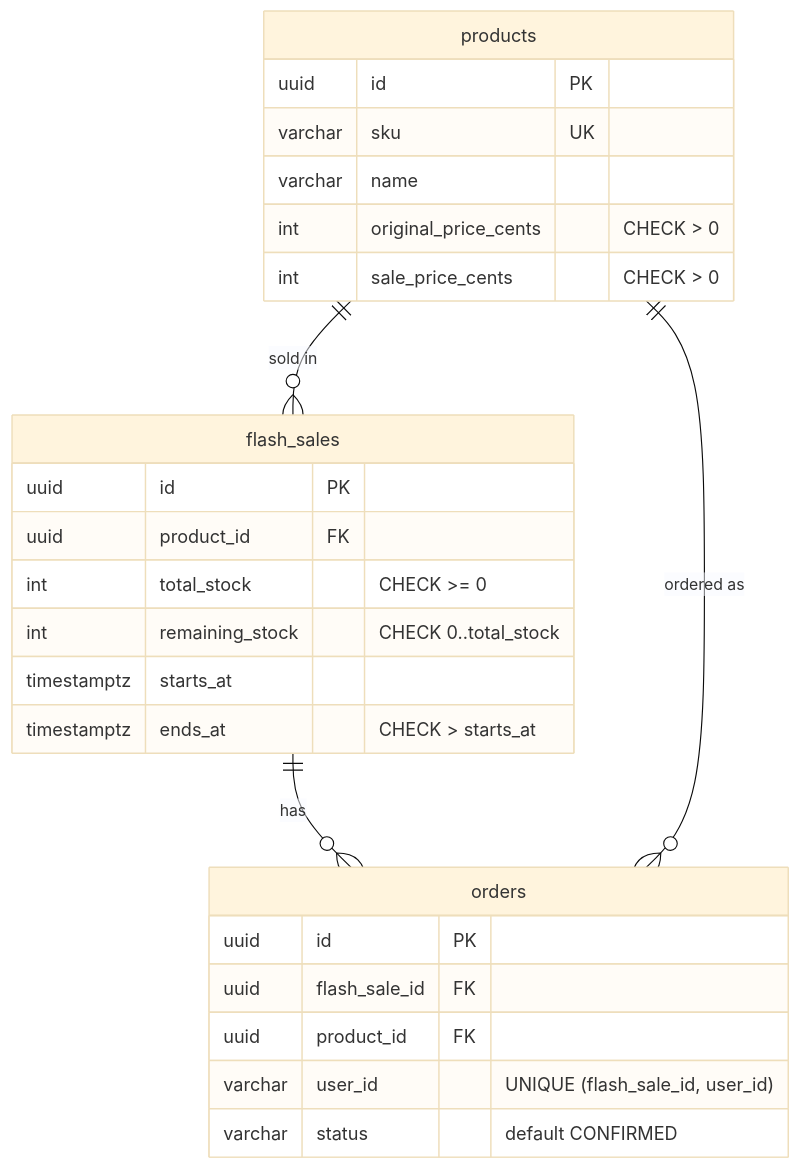
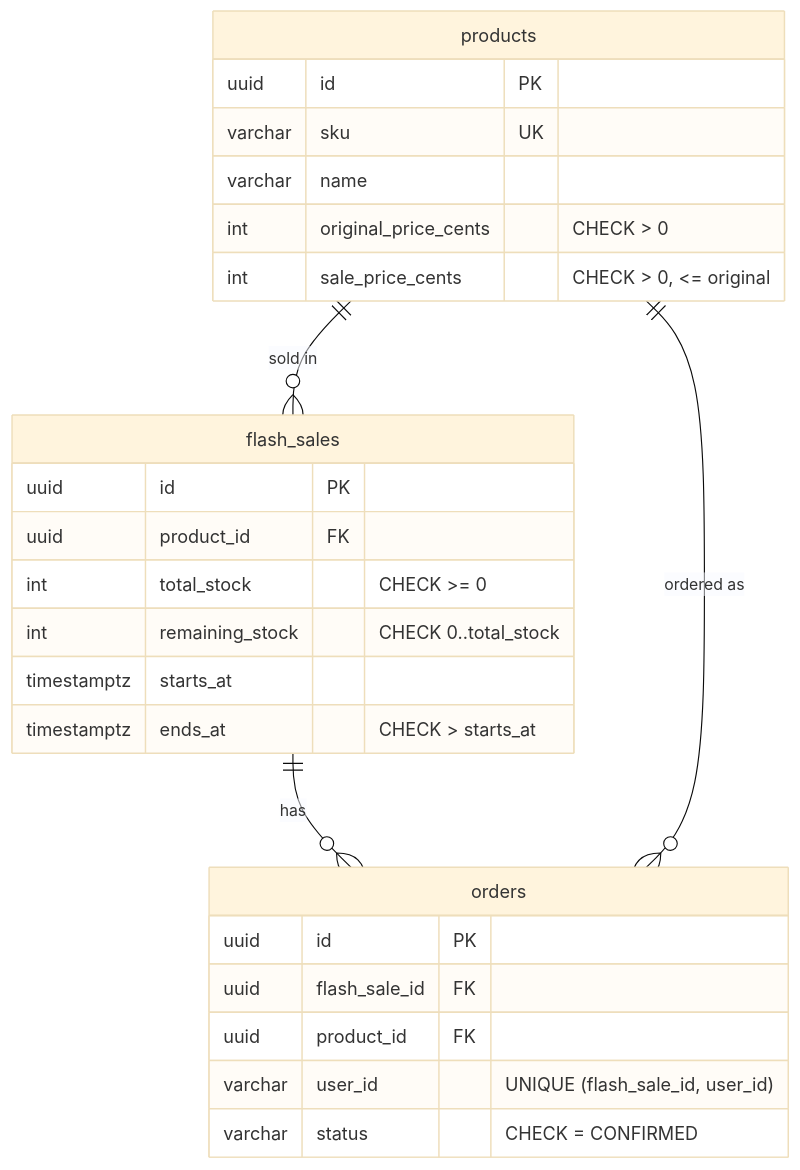
One commit to minhhieple97/flash-sale-system changed the second of 6 diagrams in docs/architecture.md. Above: the diagram before and after it, drawn with Mermaid (base theme). The commit also changed other lines of this file and 2 other files, not shown here.

````diff
--- a/docs/architecture.md
+++ b/docs/architecture.md
@@ -86,28 +86,28 @@
 ```mermaid
 erDiagram
     products ||--o{ flash_sales : "sold in"
     flash_sales ||--o{ orders : "has"
     products ||--o{ orders : "ordered as"
     products {
         uuid id PK
         varchar sku UK
         varchar name
         int original_price_cents "CHECK > 0"
-        int sale_price_cents "CHECK > 0"
+        int sale_price_cents "CHECK > 0, <= original"
     }
     flash_sales {
         uuid id PK
         uuid product_id FK
         int total_stock "CHECK >= 0"
         int remaining_stock "CHECK 0..total_stock"
         timestamptz starts_at
         timestamptz ends_at "CHECK > starts_at"
     }
     orders {
         uuid id PK
         uuid flash_sale_id FK
         uuid product_id FK
         varchar user_id "UNIQUE (flash_sale_id, user_id)"
-        varchar status "default CONFIRMED"
+        varchar status "CHECK = CONFIRMED"
     }
 ```
````
